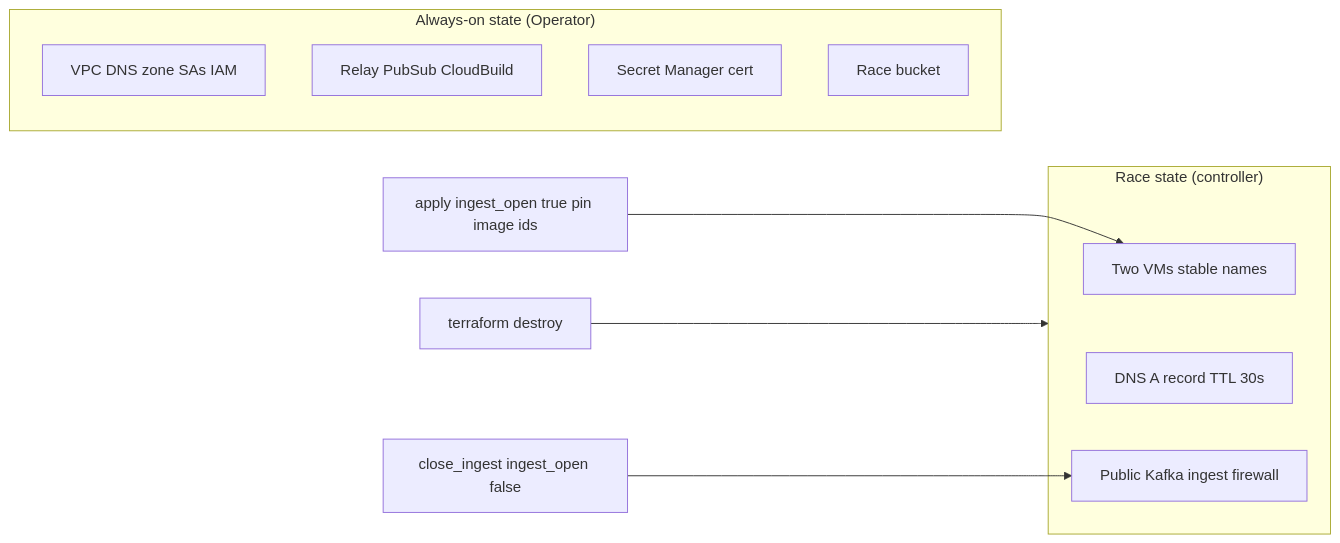
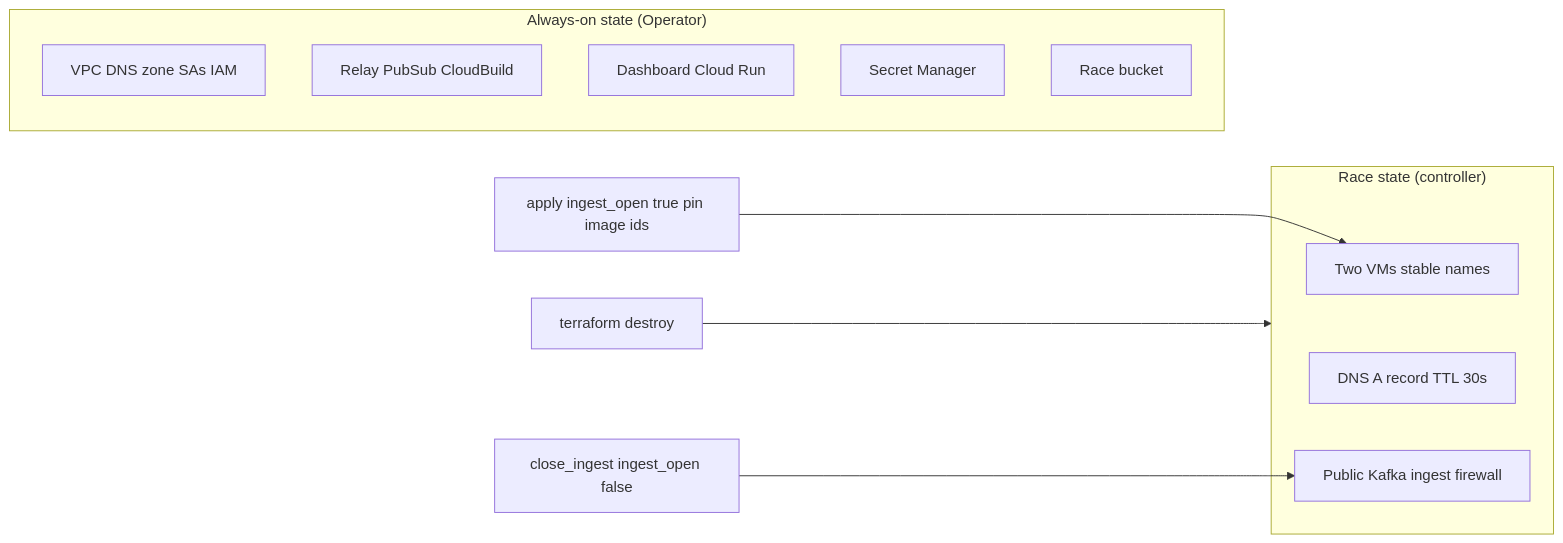
Before and after one commit to ChronoRacer/chronoracer: the diagram in docs/component-terraform.md, drawn with Mermaid. The commit also changed other lines of this file and 66 other files, not shown here.

````diff
--- a/docs/component-terraform.md
+++ b/docs/component-terraform.md
@@ -223,20 +248,21 @@
 ```mermaid
 flowchart LR
     subgraph alwaysOn ["Always-on state (Operator)"]
         VPC[VPC DNS zone SAs IAM]
         Relay[Relay PubSub CloudBuild]
-        SM[Secret Manager cert]
+        Dash[Dashboard Cloud Run]
+        SM[Secret Manager]
         Bucket[Race bucket]
     end
     subgraph raceState ["Race state (controller)"]
         VMs[Two VMs stable names]
         ARec[DNS A record TTL 30s]
         Fw[Public Kafka ingest firewall]
     end
     apply[apply ingest_open true pin image ids]
     close[close_ingest ingest_open false]
     destroy[terraform destroy]
     apply --> VMs
     close --> Fw
     destroy --> raceState
 ```
````
